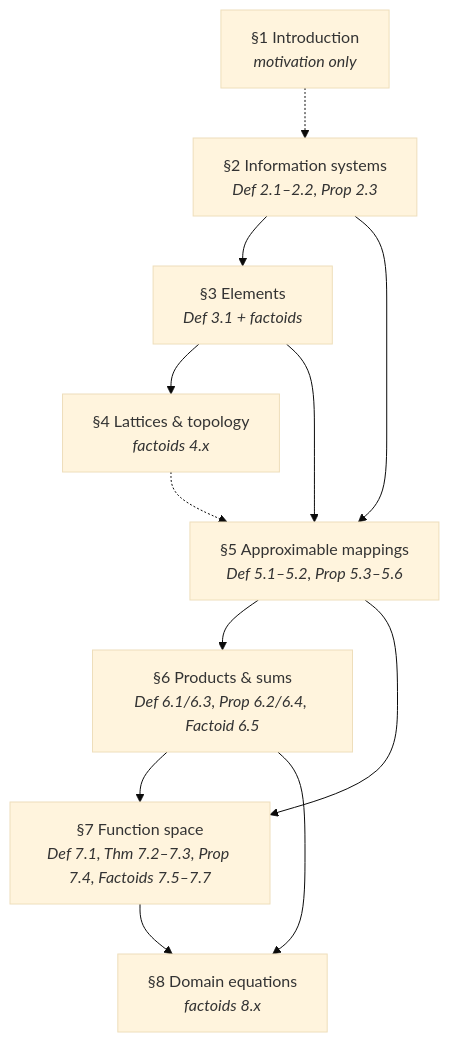
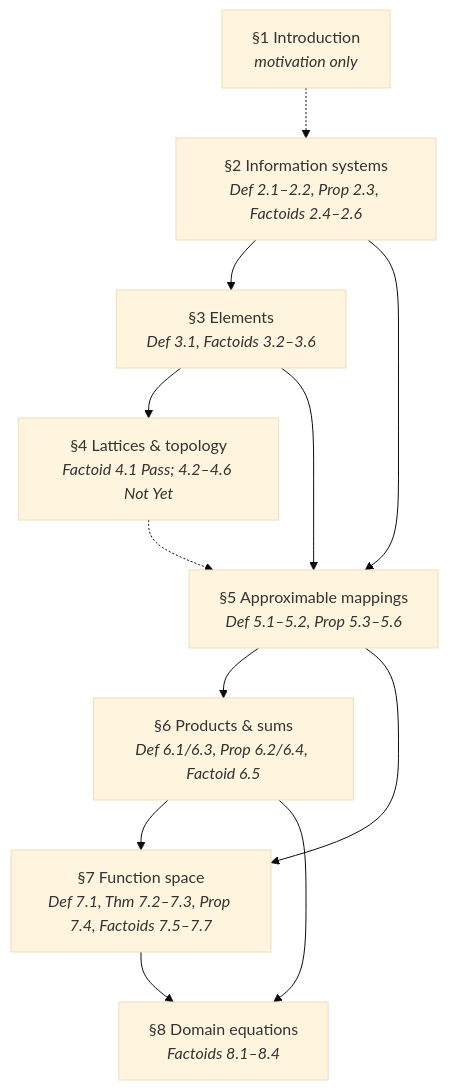
Before and after one commit to catskillsresearch/scott1982: the first of 10 diagrams in arxiv.md, drawn with Mermaid (base theme). The commit also changed other lines of this file and 12 other files, not shown here.

First line of the commit message:
Align arXiv pipeline with scott1980 and refresh Mermaid maps.

````diff
--- a/arxiv.md
+++ b/arxiv.md
@@ -44,23 +45,23 @@
 ```mermaid
 flowchart TB
   S1["§1 Introduction<br/><i>motivation only</i>"]
-  S2["§2 Information systems<br/><i>Def 2.1–2.2, Prop 2.3</i>"]
-  S3["§3 Elements<br/><i>Def 3.1 + factoids</i>"]
-  S4["§4 Lattices & topology<br/><i>factoids 4.x</i>"]
+  S2["§2 Information systems<br/><i>Def 2.1–2.2, Prop 2.3, Factoids 2.4–2.6</i>"]
+  S3["§3 Elements<br/><i>Def 3.1, Factoids 3.2–3.6</i>"]
+  S4["§4 Lattices & topology<br/><i>Factoid 4.1 Pass; 4.2–4.6 Not Yet</i>"]
   S5["§5 Approximable mappings<br/><i>Def 5.1–5.2, Prop 5.3–5.6</i>"]
   S6["§6 Products & sums<br/><i>Def 6.1/6.3, Prop 6.2/6.4, Factoid 6.5</i>"]
   S7["§7 Function space<br/><i>Def 7.1, Thm 7.2–7.3, Prop 7.4, Factoids 7.5–7.7</i>"]
-  S8["§8 Domain equations<br/><i>factoids 8.x</i>"]
+  S8["§8 Domain equations<br/><i>Factoids 8.1–8.4</i>"]
 
   S1 -.-> S2
   S2 --> S3
   S3 --> S4
   S3 --> S5
   S2 --> S5
   S5 --> S6
   S5 --> S7
   S6 --> S7
   S6 --> S8
   S7 --> S8
   S4 -.-> S5
 ```
````
